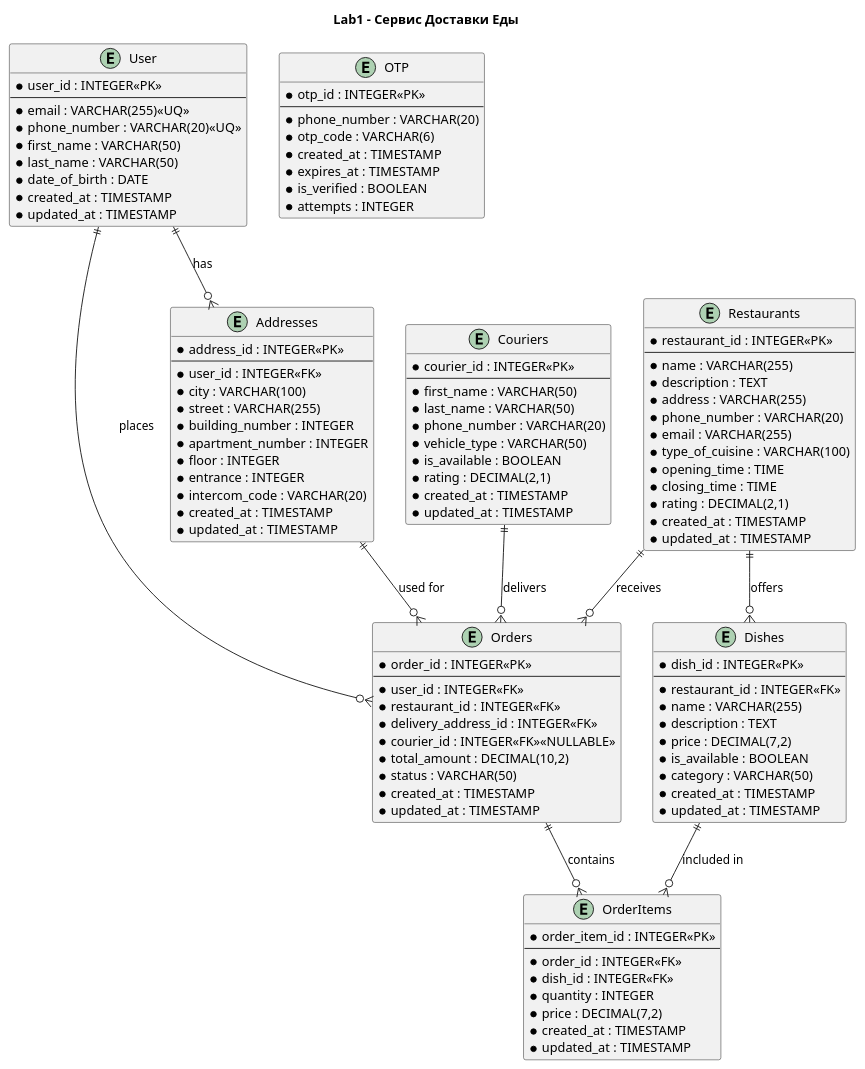
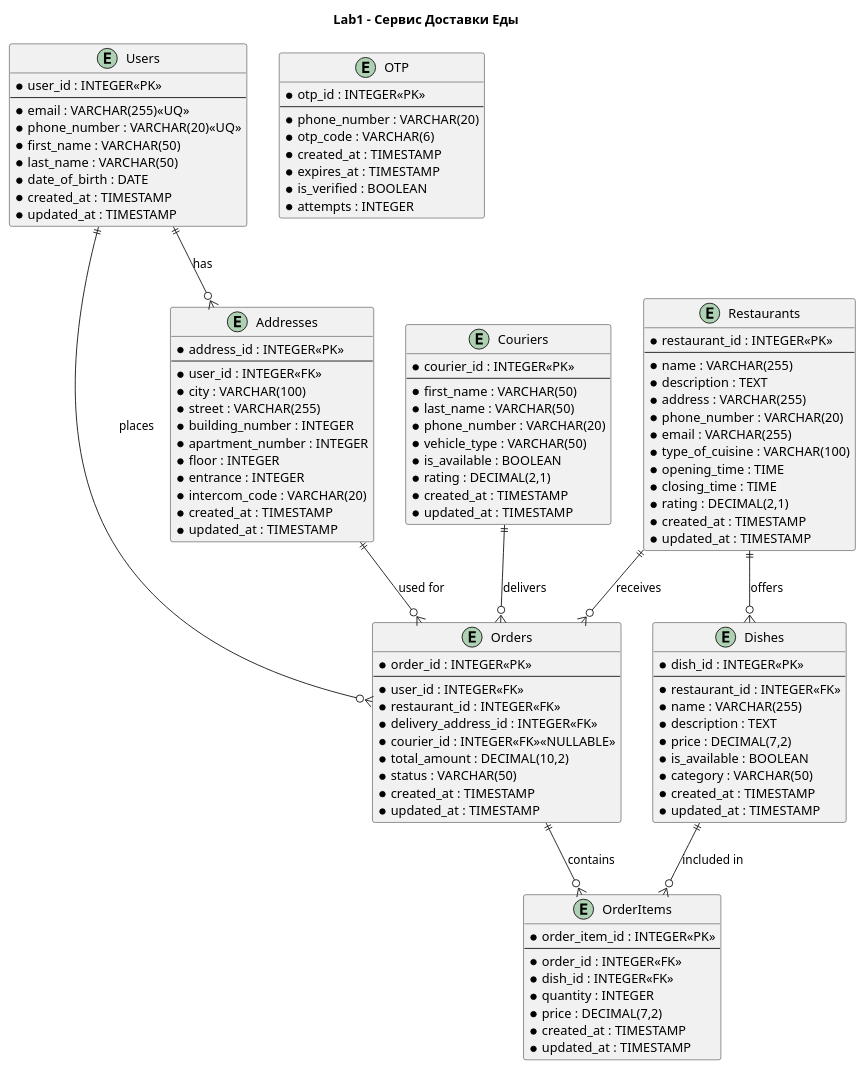
Before and after one commit to paintingpromisesss/db_labs: the diagram in lab1.plantuml, drawn with PlantUML. The commit also changed 1 other file, not shown here.

```diff
--- a/lab1.plantuml
+++ b/lab1.plantuml
@@ -1,115 +1,115 @@
 @startuml lab1
 title Lab1 - Сервис Доставки Еды
-entity "User" as User {
+entity "Users" as Users {
     * user_id : INTEGER<<PK>>
     --
     * email : VARCHAR(255)<<UQ>>
     * phone_number : VARCHAR(20)<<UQ>>
     * first_name : VARCHAR(50)
     * last_name : VARCHAR(50)
     * date_of_birth : DATE
     * created_at : TIMESTAMP
     * updated_at : TIMESTAMP
 }
 
 entity "OTP" as OTP {
     * otp_id : INTEGER<<PK>>
     --
     * phone_number : VARCHAR(20)
     * otp_code : VARCHAR(6)
     * created_at : TIMESTAMP
     * expires_at : TIMESTAMP
     * is_verified : BOOLEAN
     * attempts : INTEGER
 }
 
 entity "Addresses" as Addresses {
     * address_id : INTEGER<<PK>>
     --
     * user_id : INTEGER<<FK>>
     * city : VARCHAR(100)
     * street : VARCHAR(255)
     * building_number : INTEGER
     * apartment_number : INTEGER
     * floor : INTEGER
     * entrance : INTEGER
     * intercom_code : VARCHAR(20)
     * created_at : TIMESTAMP
     * updated_at : TIMESTAMP
 }
 
 entity "Restaurants" as Restaurants {
     * restaurant_id : INTEGER<<PK>>
     --
     * name : VARCHAR(255)
     * description : TEXT
     * address : VARCHAR(255)
     * phone_number : VARCHAR(20)
     * email : VARCHAR(255)
     * type_of_cuisine : VARCHAR(100)
     * opening_time : TIME
     * closing_time : TIME
     * rating : DECIMAL(2,1)
     * created_at : TIMESTAMP
     * updated_at : TIMESTAMP
 }
 
 entity "Dishes" as Dishes {
     * dish_id : INTEGER<<PK>>
     --
     * restaurant_id : INTEGER<<FK>>
     * name : VARCHAR(255)
     * description : TEXT
     * price : DECIMAL(7,2)
     * is_available : BOOLEAN
     * category : VARCHAR(50)
     * created_at : TIMESTAMP
     * updated_at : TIMESTAMP
 }
 
 entity "Orders" as Orders {
     * order_id : INTEGER<<PK>>
     --
     * user_id : INTEGER<<FK>>
     * restaurant_id : INTEGER<<FK>>
     * delivery_address_id : INTEGER<<FK>>
     * courier_id : INTEGER<<FK>><<NULLABLE>>
     * total_amount : DECIMAL(10,2)
     * status : VARCHAR(50)
     * created_at : TIMESTAMP
     * updated_at : TIMESTAMP
 }
 
 entity "OrderItems" as OrderItems {
     * order_item_id : INTEGER<<PK>>
     --
     * order_id : INTEGER<<FK>>
     * dish_id : INTEGER<<FK>>
     * quantity : INTEGER
     * price : DECIMAL(7,2)
     * created_at : TIMESTAMP
     * updated_at : TIMESTAMP
 }
 
 entity "Couriers" as Couriers {
     * courier_id : INTEGER<<PK>>
     --
     * first_name : VARCHAR(50)
     * last_name : VARCHAR(50)
     * phone_number : VARCHAR(20)
     * vehicle_type : VARCHAR(50)
     * is_available : BOOLEAN
     * rating : DECIMAL(2,1)
     * created_at : TIMESTAMP
     * updated_at : TIMESTAMP
 }
 
-User ||--o{ Addresses : "has"
-User ||--o{ Orders: "places"
+Users ||--o{ Addresses : "has"
+Users ||--o{ Orders: "places"
 Restaurants ||--o{ Dishes : "offers"
 Restaurants ||--o{ Orders : "receives"
 Orders ||--o{ OrderItems : "contains"
 Dishes ||--o{ OrderItems : "included in"
 Couriers ||--o{ Orders : "delivers"
 Addresses ||--o{ Orders : "used for"
 @enduml
```
